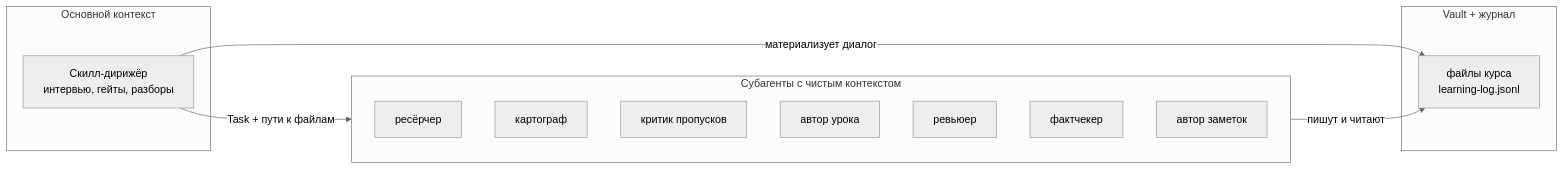
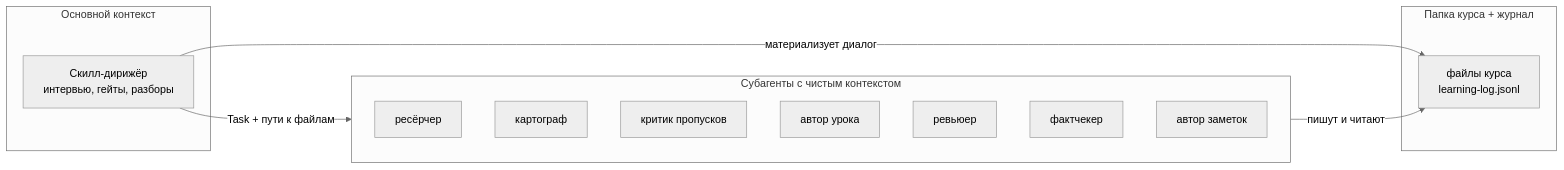
Before and after one commit to cryptoyoginya/learneverything: the second of 3 diagrams in README.md, drawn with Mermaid. The commit also changed other lines of this file and 4 other files, not shown here.

````diff
--- a/README.md
+++ b/README.md
@@ -41,22 +41,22 @@
 ```mermaid
 %%{init: {'theme':'neutral'}}%%
 graph LR
     subgraph Диалог["Основной контекст"]
         S["Скилл-дирижёр<br/>интервью, гейты, разборы"]
     end
     subgraph Работа["Субагенты с чистым контекстом"]
         R["ресёрчер"]
         M["картограф"]
         CC["критик пропусков"]
         W["автор урока"]
         REV["ревьюер"]
         FC["фактчекер"]
         N["автор заметок"]
     end
-    subgraph Память["Vault + журнал"]
+    subgraph Память["Папка курса + журнал"]
         V["файлы курса<br/>learning-log.jsonl"]
     end
     S -->|"Task + пути к файлам"| Работа
     Работа -->|"пишут и читают"| V
     S -->|"материализует диалог"| V
 ```
````
